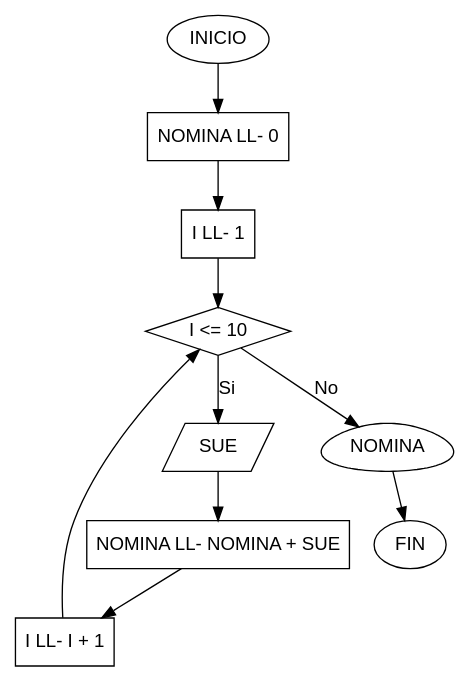
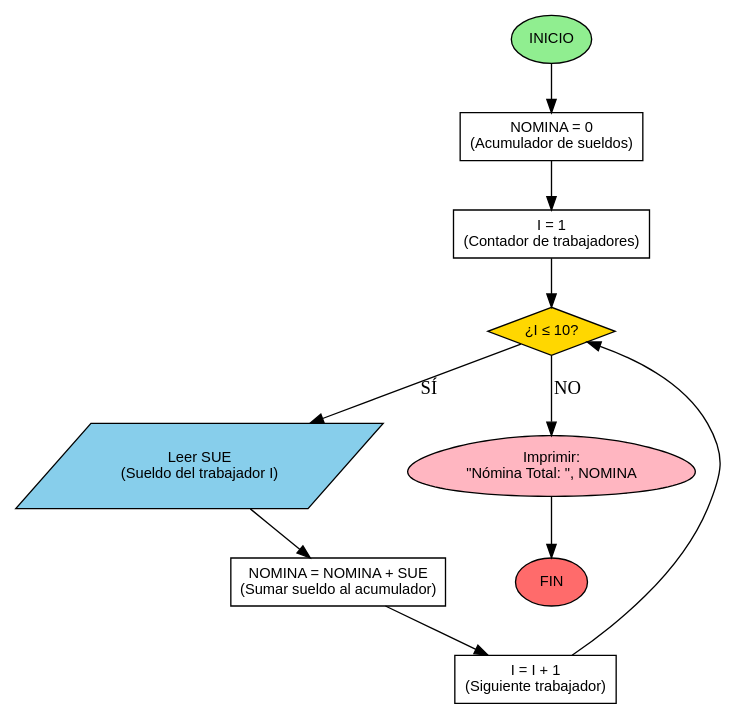
One commit to RosarioReyesMtz/java-tutor-tics changed the diagram in Diagramas/ejemplo_3_2.dot. Above: the diagram before and after it, drawn with Graphviz. The commit also changed 40 other files, not shown here.

```diff
--- a/Diagramas/ejemplo_3_2.dot
+++ b/Diagramas/ejemplo_3_2.dot
@@ -1,32 +1,39 @@
-digraph Diagrama_3_3 {
-    graph [fontname="Arial"];
-    node [fontname="Arial", shape=ellipse, style=solid];
-    edge [fontname="Arial"];
-
-    inicio [label="INICIO"];
-    fin [label="FIN"];
+digraph ejemplo_3_2 {
+    // Configuración general
+    rankdir=TB;
+    node [fontname="Arial", fontsize=11];
     
-    node [shape=rect, style=solid];
-    init_nom [label="NOMINA \L\L- 0"];
-    init_i [label="I \L\L- 1"];
-    proceso_nom [label="NOMINA \L\L- NOMINA + SUE"];
-    increment_i [label="I \L\L- I + 1"];
+    // Inicio
+    inicio [label="INICIO", shape=ellipse, style=filled, fillcolor="#90EE90"];
     
-    node [shape=parallelogram, style=solid];
-    lectura [label="SUE"];
+    // Inicialización de variables
+    init_nomina [label="NOMINA = 0\n(Acumulador de sueldos)", shape=box];
+    init_i [label="I = 1\n(Contador de trabajadores)", shape=box];
     
-    node [shape=egg, style="solid,waves", waves=bottom];
-    escritura [label="NOMINA"];
+    // Ciclo FOR
+    ciclo [label="¿I ≤ 10?", shape=diamond, style=filled, fillcolor="#FFD700"];
     
-    node [shape=diamond, style=solid];
-    cond [label="I <= 10"];
+    // Dentro del ciclo
+    entrada [label="Leer SUE\n(Sueldo del trabajador I)", shape=parallelogram, style=filled, fillcolor="#87CEEB"];
     
-    inicio -> init_nom -> init_i -> cond;
-    cond -> lectura [label="Si"]; 
-    lectura -> proceso_nom -> increment_i -> cond;
-    cond -> escritura [label="No"];
-    escritura -> fin;
+    acumular [label="NOMINA = NOMINA + SUE\n(Sumar sueldo al acumulador)", shape=box];
+    
+    incremento [label="I = I + 1\n(Siguiente trabajador)", shape=box];
+    
+    // Salida
+    salida [label="Imprimir:\n\"Nómina Total: \", NOMINA", shape=egg, style=filled, fillcolor="#FFB6C1"];
+    
+    // Fin
+    fin [label="FIN", shape=ellipse, style=filled, fillcolor="#FF6B6B"];
+    
+    // Conexiones
+    inicio -> init_nomina;
+    init_nomina -> init_i;
+    init_i -> ciclo;
+    ciclo -> entrada [label="SÍ"];
+    entrada -> acumular;
+    acumular -> incremento;
+    incremento -> ciclo;
+    ciclo -> salida [label="NO"];
+    salida -> fin;
 }
-
-
-/* imprimir en pantalla shape=egg */
```
